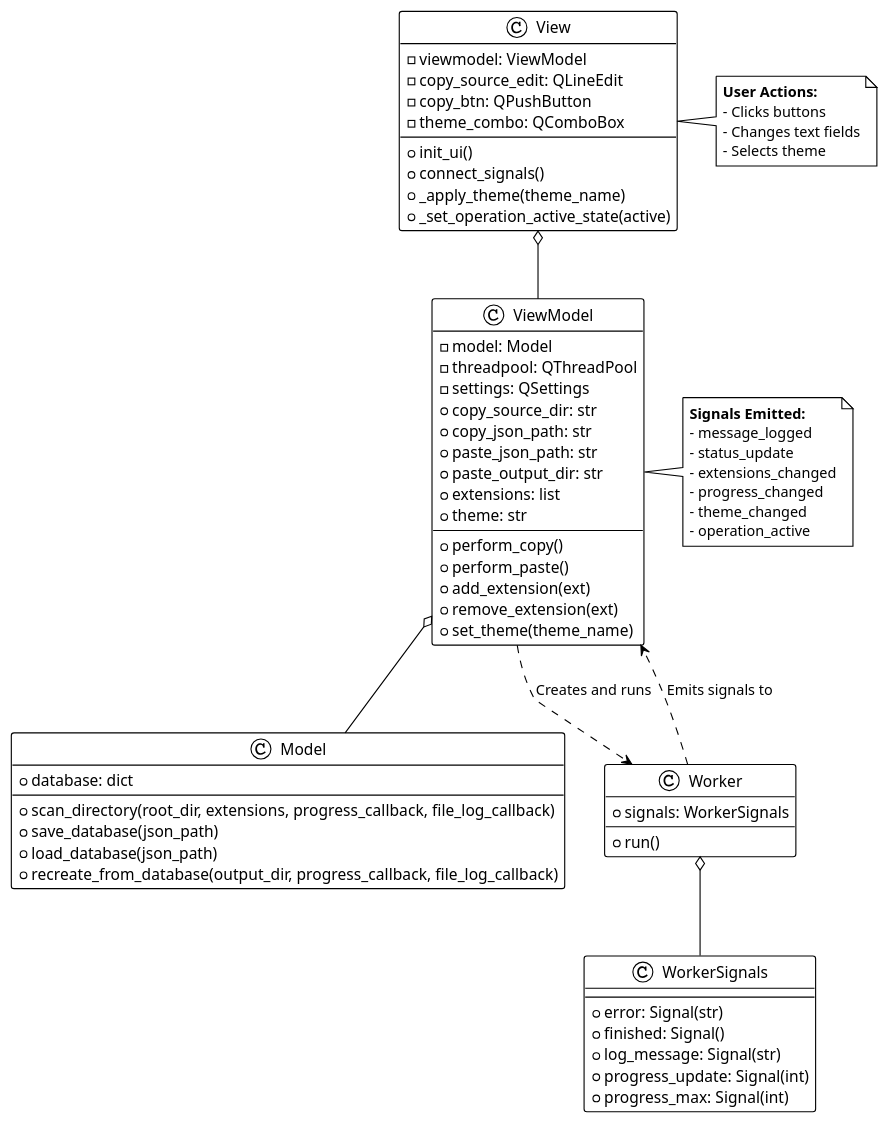
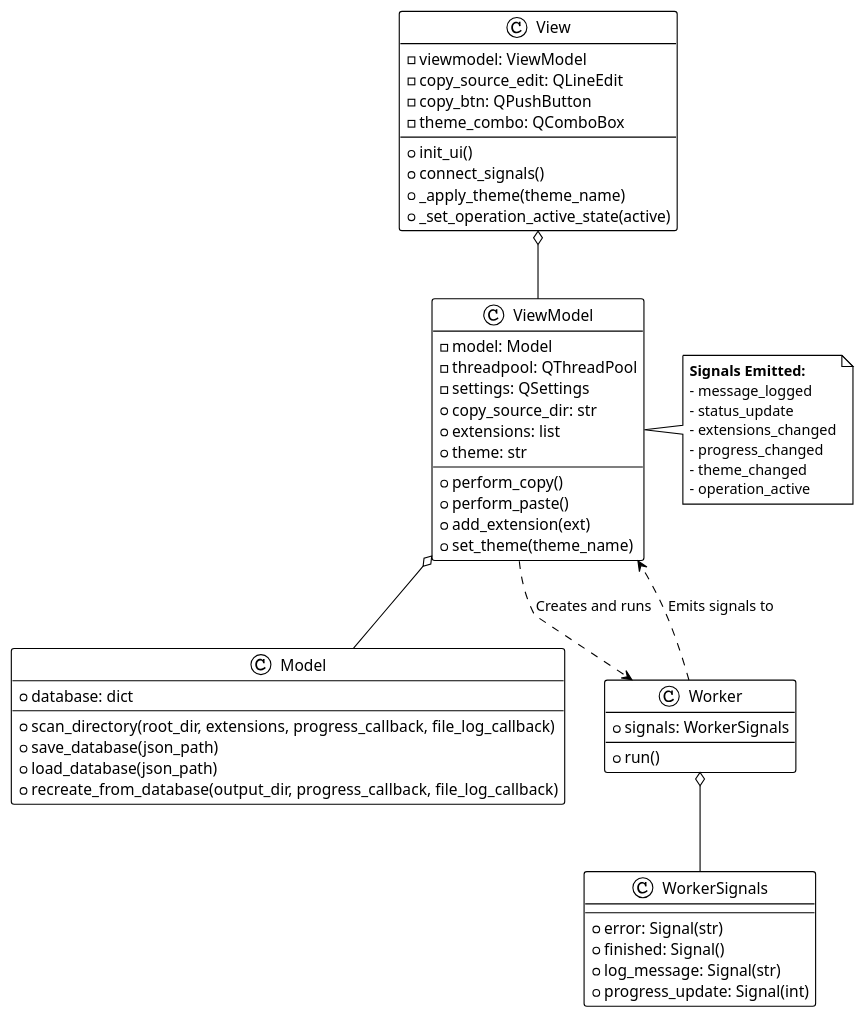
One commit to anhembedded/Sagittarius-ENTJ-App changed the first of 4 diagrams in docs/SDD.md. Above: the diagram before and after it, drawn with PlantUML. The commit also changed other lines of this file and 1 other file, not shown here.

First line of the commit message:
This commit delivers a significant enhancement to the software documentation, providing more detailed architectural and design views as requested.

````diff
--- a/docs/SDD.md
+++ b/docs/SDD.md
@@ -26,77 +21,65 @@
 ```plantuml
 @startuml
 !theme plain
 
 class Model {
   +database: dict
   +scan_directory(root_dir, extensions, progress_callback, file_log_callback)
   +save_database(json_path)
   +load_database(json_path)
   +recreate_from_database(output_dir, progress_callback, file_log_callback)
 }
 
 class ViewModel {
   -model: Model
   -threadpool: QThreadPool
   -settings: QSettings
   +copy_source_dir: str
-  +copy_json_path: str
-  +paste_json_path: str
-  +paste_output_dir: str
   +extensions: list
   +theme: str
   +perform_copy()
   +perform_paste()
   +add_extension(ext)
-  +remove_extension(ext)
   +set_theme(theme_name)
 }
 ViewModel o-- Model
 
 class View {
   -viewmodel: ViewModel
   -copy_source_edit: QLineEdit
   -copy_btn: QPushButton
   -theme_combo: QComboBox
   +init_ui()
   +connect_signals()
   +_apply_theme(theme_name)
   +_set_operation_active_state(active)
 }
 View o-- ViewModel
 
 class Worker {
   +signals: WorkerSignals
   +run()
 }
 Worker o-- WorkerSignals
 
 class WorkerSignals {
   +error: Signal(str)
   +finished: Signal()
   +log_message: Signal(str)
   +progress_update: Signal(int)
-  +progress_max: Signal(int)
 }
 
 ViewModel ..> Worker : Creates and runs
 Worker ..> ViewModel : Emits signals to
 
 note right of ViewModel
   **Signals Emitted:**
   - message_logged
   - status_update
   - extensions_changed
   - progress_changed
   - theme_changed
   - operation_active
 end note
-
-note right of View
-  **User Actions:**
-  - Clicks buttons
-  - Changes text fields
-  - Selects theme
-end note
 @enduml
 ```
````
